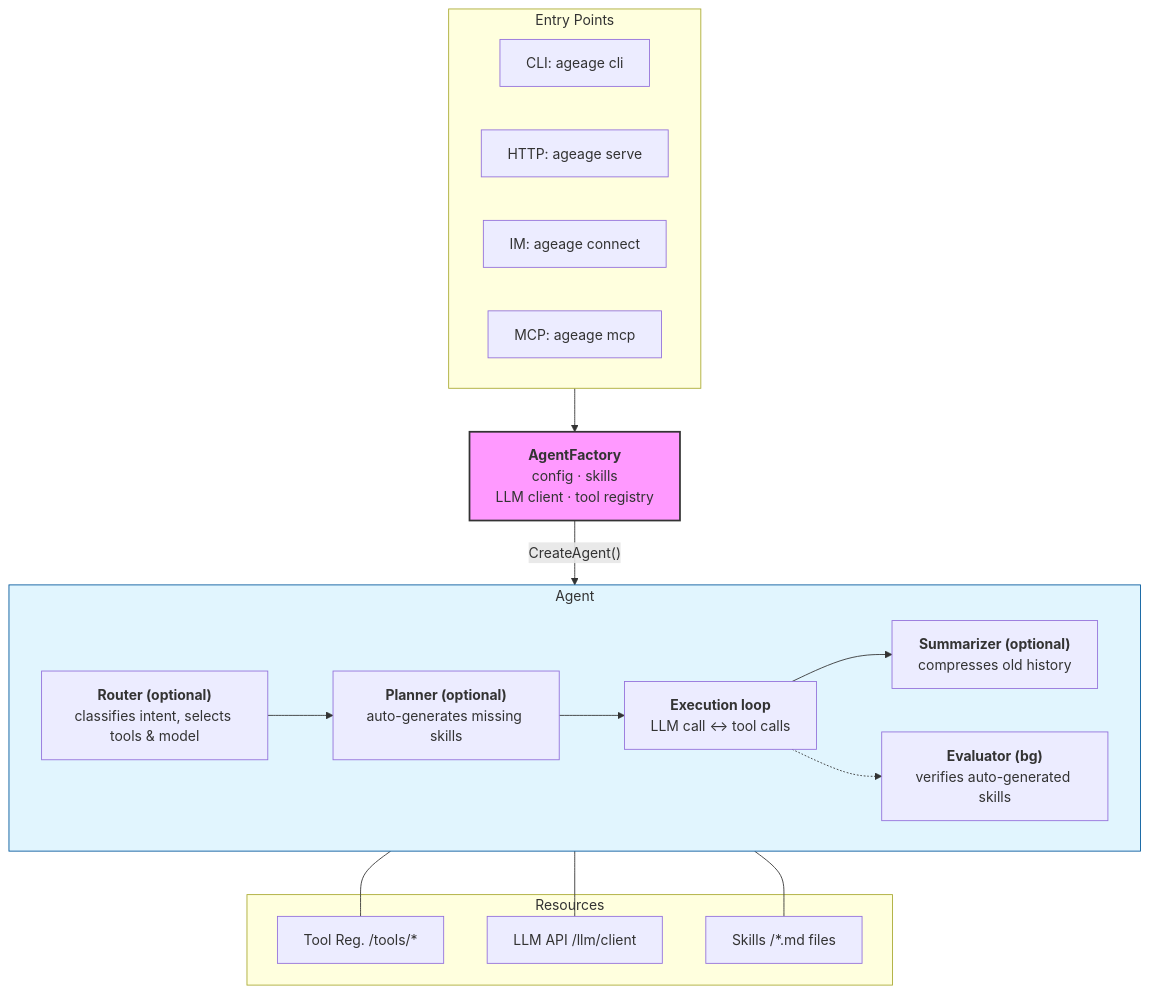
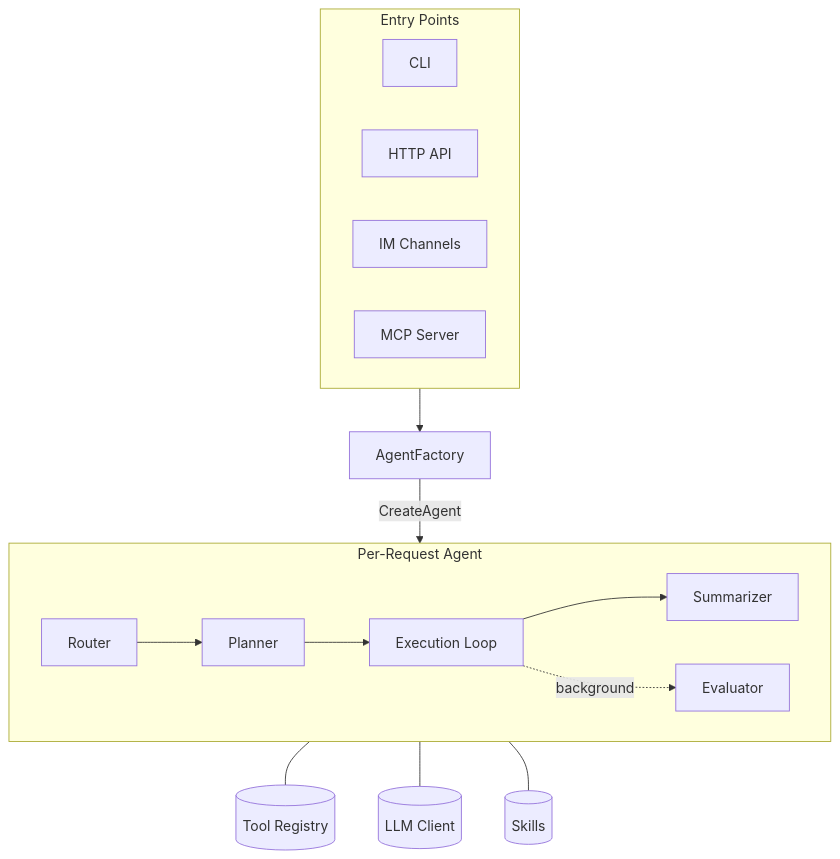
One commit to CarbonC39/AgeAge changed the diagram in README.md. Above: the diagram before and after it, drawn with Mermaid. The commit also changed other lines of this file and 7 other files, not shown here.

````diff
--- a/README.md
+++ b/README.md
@@ -66,37 +66,28 @@
 ```mermaid
-graph TD
-    subgraph EntryPoints [Entry Points]
-        CLI[CLI: ageage cli]
-        HTTP[HTTP: ageage serve]
-        IM[IM: ageage connect]
-        MCP[MCP: ageage mcp]
+flowchart TD
+    subgraph entry [Entry Points]
+        direction LR
+        cli[CLI]
+        http[HTTP API]
+        im[IM Channels]
+        mcp[MCP Server]
     end
 
-    Factory["<b>AgentFactory</b><br/>config · skills<br/>LLM client · tool registry"]
+    fac[AgentFactory]
 
-    subgraph AgentInstance [Agent]
-        Router["<b>Router (optional)</b><br/>classifies intent, selects tools & model"]
-        Planner["<b>Planner (optional)</b><br/>auto-generates missing skills"]
-        Loop["<b>Execution loop</b><br/>LLM call ↔ tool calls"]
-        Summ["<b>Summarizer (optional)</b><br/>compresses old history"]
-        Eval["<b>Evaluator (bg)</b><br/>verifies auto-generated skills"]
-        
-        Router --> Planner --> Loop --> Summ
-        Loop -.-> Eval
+    subgraph agt [Per-Request Agent]
+        rtr[Router] --> pln[Planner] --> loop[Execution Loop]
+        loop --> sum[Summarizer]
+        loop -.->|background| ev[Evaluator]
     end
 
-    subgraph Resources [Resources]
-        TR[Tool Reg. /tools/*]
-        LLM[LLM API /llm/client]
-        SK[Skills /*.md files]
-    end
+    tr[(Tool Registry)]
+    lm[(LLM Client)]
+    sk[(Skills)]
 
-    EntryPoints --> Factory
-    Factory -- "CreateAgent()" --> AgentInstance
-    AgentInstance --- TR
-    AgentInstance --- LLM
-    AgentInstance --- SK
-
-    style Factory fill:#f9f,stroke:#333,stroke-width:2px
-    style AgentInstance fill:#e1f5fe,stroke:#01579b
+    entry --> fac
+    fac -->|CreateAgent| agt
+    agt --- tr
+    agt --- lm
+    agt --- sk
 ```
````
